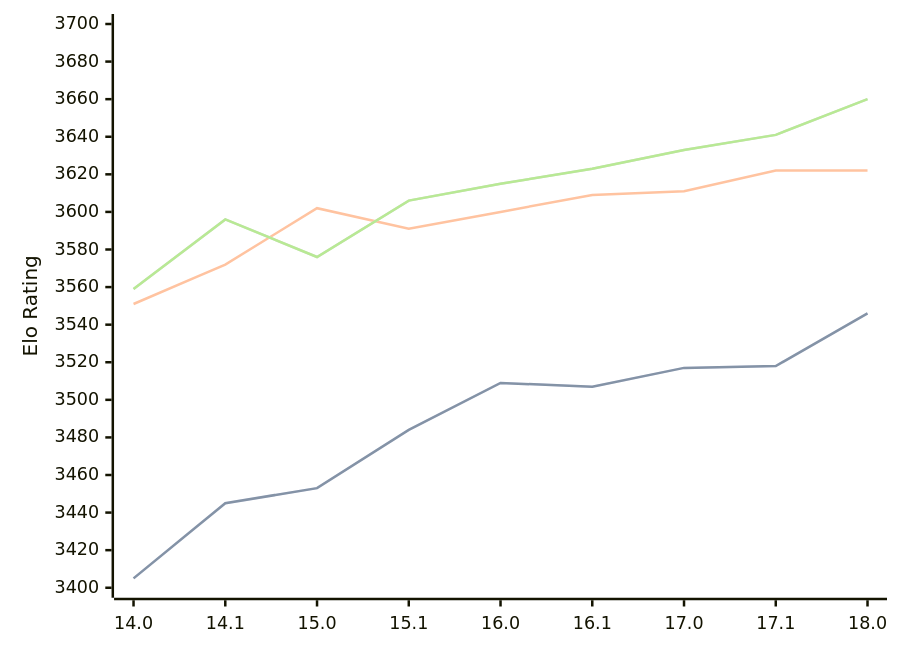
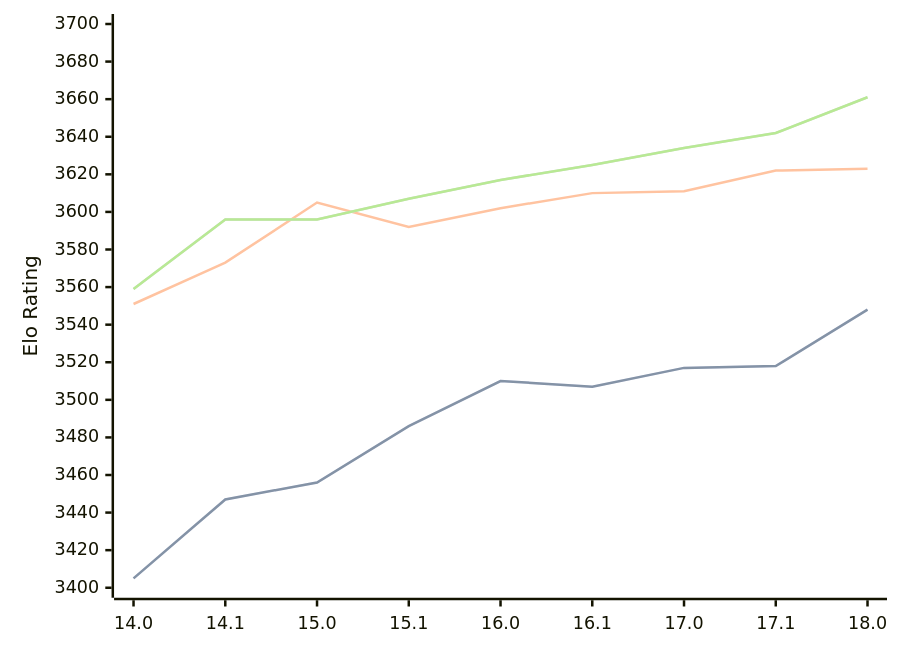
Before and after one commit to computer-chess-index/cci: the diagram in engines/Stockfish.md, drawn with Mermaid. The commit also changed other lines of this file, not shown here.

Commit message:
Update CCI Ratings (ELO VLTC) - 2026-02-17

````diff
--- a/engines/Stockfish.md
+++ b/engines/Stockfish.md
@@ -42,11 +42,11 @@
 ```mermaid
 %%{init: {"theme":"base","themeVariables":{"seriesColors:['#a3a3a3','#222221','#faa371']}}}%%
 xychart-beta
   x-axis ["14.0", "14.1", "15.0", "15.1", "16.0", "16.1", "17.0", "17.1", "18.0"]
   y-axis "Elo Rating" 3400 --> 3700
-  line "STC (8.0+0.08s)" [3405, 3445, 3453, 3484, 3509, 3507, 3517, 3518, 3546]
-  line "STC (8.0+0.08s)" [3405, 3445, 3453, 3484, 3509, 3507, 3517, 3518, 3546]
-  line "LTC (60.0+0.60s)" [3551, 3572, 3602, 3591, 3600, 3609, 3611, 3622, 3622]
-  line "VLTC (2m24s+1.12s)" [3559, 3596, 3576, 3606, 3615, 3623, 3633, 3641, 3660]
-  line "VLTC (2m24s+1.12s)" [3559, 3596, 3576, 3606, 3615, 3623, 3633, 3641, 3660]
+  line "STC (8.0+0.08s)" [3405, 3447, 3456, 3486, 3510, 3507, 3517, 3518, 3548]
+  line "STC (8.0+0.08s)" [3405, 3447, 3456, 3486, 3510, 3507, 3517, 3518, 3548]
+  line "LTC (60.0+0.60s)" [3551, 3573, 3605, 3592, 3602, 3610, 3611, 3622, 3623]
+  line "VLTC (2m24s+1.12s)" [3559, 3596, 3596, 3607, 3617, 3625, 3634, 3642, 3661]
+  line "VLTC (2m24s+1.12s)" [3559, 3596, 3596, 3607, 3617, 3625, 3634, 3642, 3661]
 ```
````
